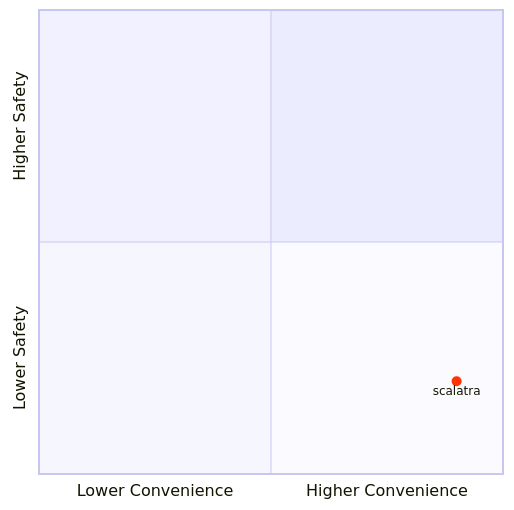
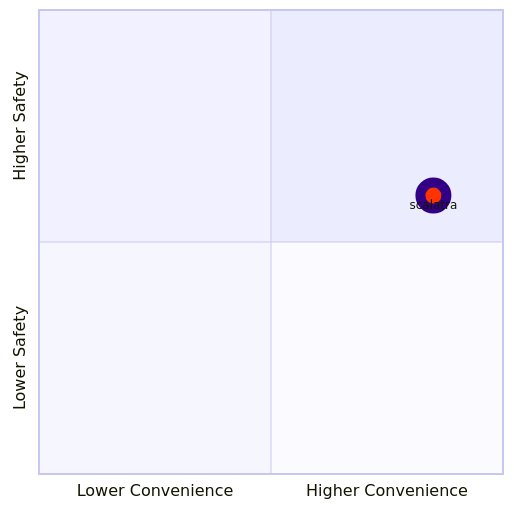
Before and after one commit to polyvariant/flavors-of-scala: the third of 14 diagrams in slides/http.md, drawn with Mermaid. The commit also changed other lines of this file and 3 other files, not shown here.

Commit message:
Improve the http flow, simplify, remove slides

````diff
--- a/slides/http.md
+++ b/slides/http.md
@@ -435,11 +254,11 @@
-```mermaid {scale: 0.8}
+```mermaid {scale: 0.9}
 quadrantChart
   x-axis Lower Convenience --> Higher Convenience
   y-axis Lower Safety --> Higher Safety
-  scalatra:::scalatra: [0.9, 0.2]
+  scalatra:::scalatra: [0.85, 0.6]
 
-  classDef scalatra color: #ff3300
-  classDef play color: #109060
-  classDef class2 color: #908342, radius : 10, stroke-color: #310085, stroke-width: 10px
-  classDef class3 color: #f00fff, radius : 10
+  classDef scalatra color: #ff3300, radius : 13, stroke-color: #310085, stroke-width: 10px
+  classDef akka color: #109060, radius : 8
+  classDef http4s color: #f00fff, radius : 8
+  classDef tapir color: #F99111
 ```
````
